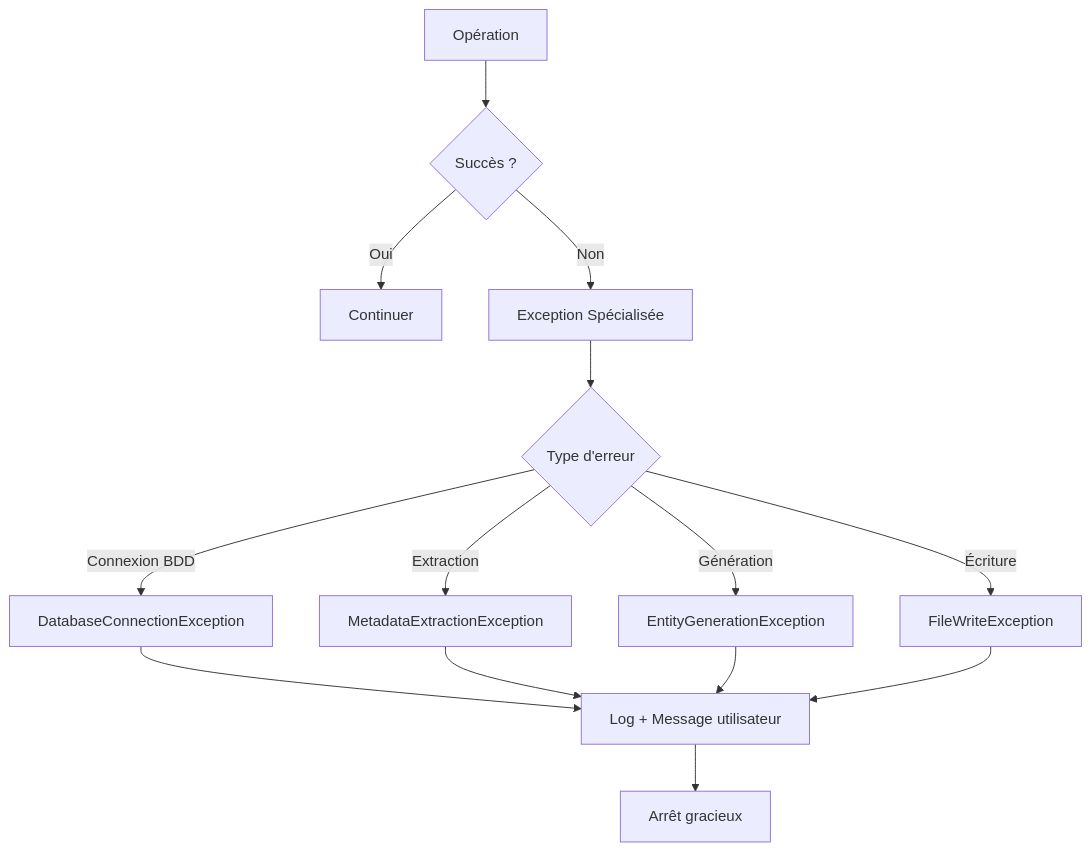
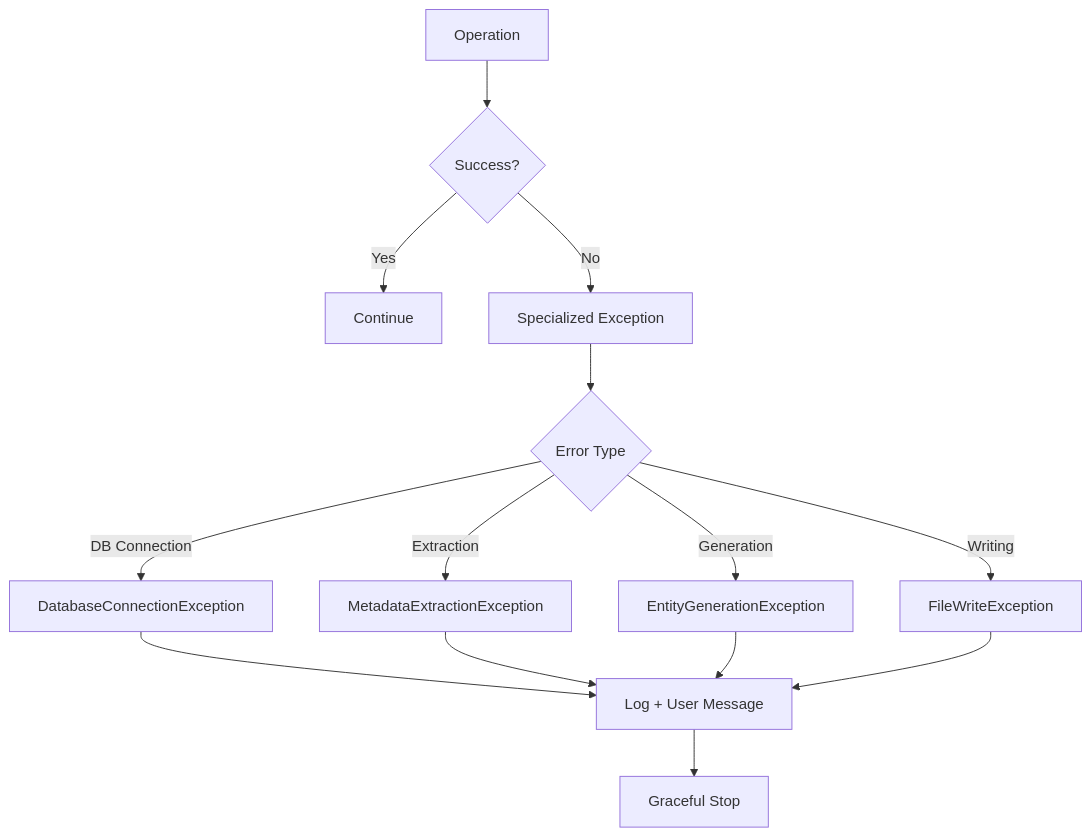
The third of 3 diagrams in docs/ARCHITECTURE.md (eprofos/reverse-engineering), drawn with Mermaid before and after one commit. The commit also changed other lines of this file and 15 other files, not shown here.

````diff
--- a/docs/ARCHITECTURE.md
+++ b/docs/ARCHITECTURE.md
@@ -253,19 +253,19 @@
 ```mermaid
 graph TD
-    A[Opération] --> B{Succès ?}
-    B -->|Oui| C[Continuer]
-    B -->|Non| D[Exception Spécialisée]
+    A[Operation] --> B{Success?}
+    B -->|Yes| C[Continue]
+    B -->|No| D[Specialized Exception]
     
-    D --> E{Type d'erreur}
-    E -->|Connexion BDD| F[DatabaseConnectionException]
+    D --> E{Error Type}
+    E -->|DB Connection| F[DatabaseConnectionException]
     E -->|Extraction| G[MetadataExtractionException]
-    E -->|Génération| H[EntityGenerationException]
-    E -->|Écriture| I[FileWriteException]
+    E -->|Generation| H[EntityGenerationException]
+    E -->|Writing| I[FileWriteException]
     
-    F --> J[Log + Message utilisateur]
+    F --> J[Log + User Message]
     G --> J
     H --> J
     I --> J
     
-    J --> K[Arrêt gracieux]
+    J --> K[Graceful Stop]
 ```
````
